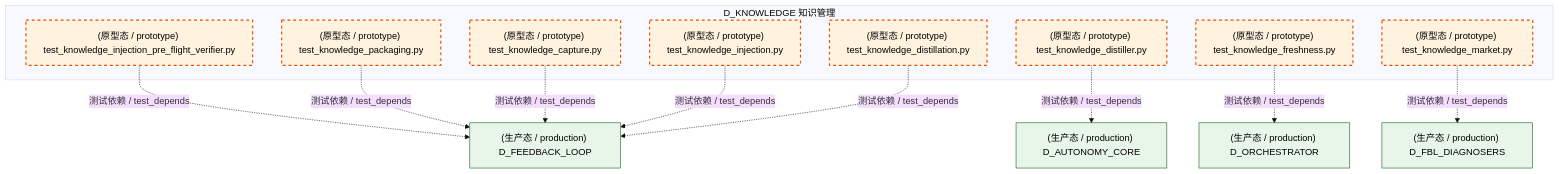
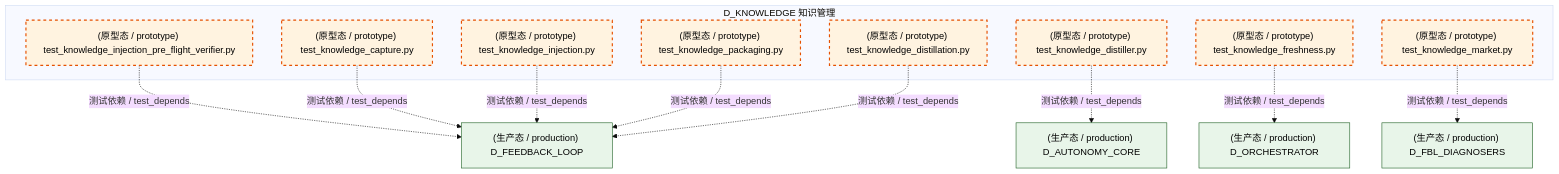
Before and after one commit to xuanFelixVan/ZephyrAlpha: the second of 5 diagrams in docs/02_enterprise_architecture/02_domain_architecture_docs/48_d_knowledge.md, drawn with Mermaid (base theme). The commit also changed other lines of this file and 126 other files, not shown here.

````diff
--- a/docs/02_enterprise_architecture/02_domain_architecture_docs/48_d_knowledge.md
+++ b/docs/02_enterprise_architecture/02_domain_architecture_docs/48_d_knowledge.md
@@ -176,31 +173,31 @@
 ```mermaid
 graph TD
     subgraph D_KNOWLEDGE["D_KNOWLEDGE 知识管理"]
         tests_knowledge_engine_test_knowledge_capture_py["(原型态 / prototype) test_knowledge_capture.py"]
         tests_knowledge_engine_test_knowledge_distillation_py["(原型态 / prototype) test_knowledge_distillation.py"]
         tests_knowledge_engine_test_knowledge_distiller_py["(原型态 / prototype) test_knowledge_distiller.py"]
         tests_knowledge_engine_test_knowledge_freshness_py["(原型态 / prototype) test_knowledge_freshness.py"]
         tests_knowledge_engine_test_knowledge_injection_py["(原型态 / prototype) test_knowledge_injection.py"]
         tests_knowledge_engine_test_knowledge_injection_pre_flight_verifier_py["(原型态 / prototype) test_knowledge_injection_pre_flight_verifier.py"]
         tests_knowledge_engine_test_knowledge_market_py["(原型态 / prototype) test_knowledge_market.py"]
         tests_knowledge_engine_test_knowledge_packaging_py["(原型态 / prototype) test_knowledge_packaging.py"]
     end
     D_FEEDBACK_LOOP["(生产态 / production) D_FEEDBACK_LOOP"]
     tests_knowledge_engine_test_knowledge_injection_pre_flight_verifier_py -.->|测试依赖 / test_depends| D_FEEDBACK_LOOP
     D_FBL_DIAGNOSERS["(生产态 / production) D_FBL_DIAGNOSERS"]
     tests_knowledge_engine_test_knowledge_market_py -.->|测试依赖 / test_depends| D_FBL_DIAGNOSERS
-    tests_knowledge_engine_test_knowledge_packaging_py -.->|测试依赖 / test_depends| D_FEEDBACK_LOOP
     tests_knowledge_engine_test_knowledge_capture_py -.->|测试依赖 / test_depends| D_FEEDBACK_LOOP
     D_ORCHESTRATOR["(生产态 / production) D_ORCHESTRATOR"]
     tests_knowledge_engine_test_knowledge_freshness_py -.->|测试依赖 / test_depends| D_ORCHESTRATOR
     tests_knowledge_engine_test_knowledge_injection_py -.->|测试依赖 / test_depends| D_FEEDBACK_LOOP
+    tests_knowledge_engine_test_knowledge_packaging_py -.->|测试依赖 / test_depends| D_FEEDBACK_LOOP
     tests_knowledge_engine_test_knowledge_distillation_py -.->|测试依赖 / test_depends| D_FEEDBACK_LOOP
     D_AUTONOMY_CORE["(生产态 / production) D_AUTONOMY_CORE"]
     tests_knowledge_engine_test_knowledge_distiller_py -.->|测试依赖 / test_depends| D_AUTONOMY_CORE
     classDef production fill:#e1f5fe,stroke:#01579b,stroke-width:2px,color:#000
     classDef design fill:#fff3e0,stroke:#e65100,stroke-width:2px,color:#000,stroke-dasharray: 5 5
     classDef external_prod fill:#e8f5e9,stroke:#1b5e20,stroke-width:1px,color:#000
     classDef external_design fill:#fce4ec,stroke:#880e4f,stroke-width:1px,color:#000,stroke-dasharray: 5 5
     class tests_knowledge_engine_test_knowledge_capture_py,tests_knowledge_engine_test_knowledge_distillation_py,tests_knowledge_engine_test_knowledge_distiller_py,tests_knowledge_engine_test_knowledge_freshness_py,tests_knowledge_engine_test_knowledge_injection_py,tests_knowledge_engine_test_knowledge_injection_pre_flight_verifier_py,tests_knowledge_engine_test_knowledge_market_py,tests_knowledge_engine_test_knowledge_packaging_py design
     class D_FEEDBACK_LOOP,D_FBL_DIAGNOSERS,D_ORCHESTRATOR,D_AUTONOMY_CORE external_prod
 ```
````
